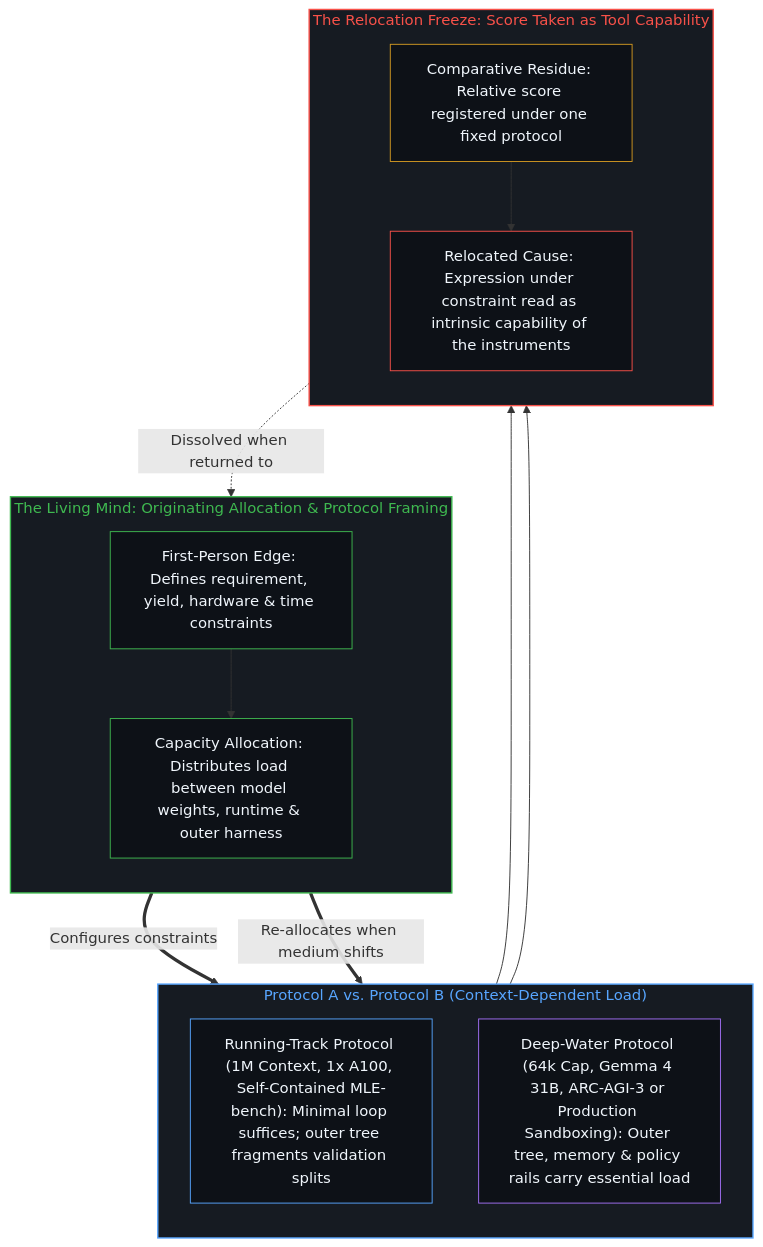
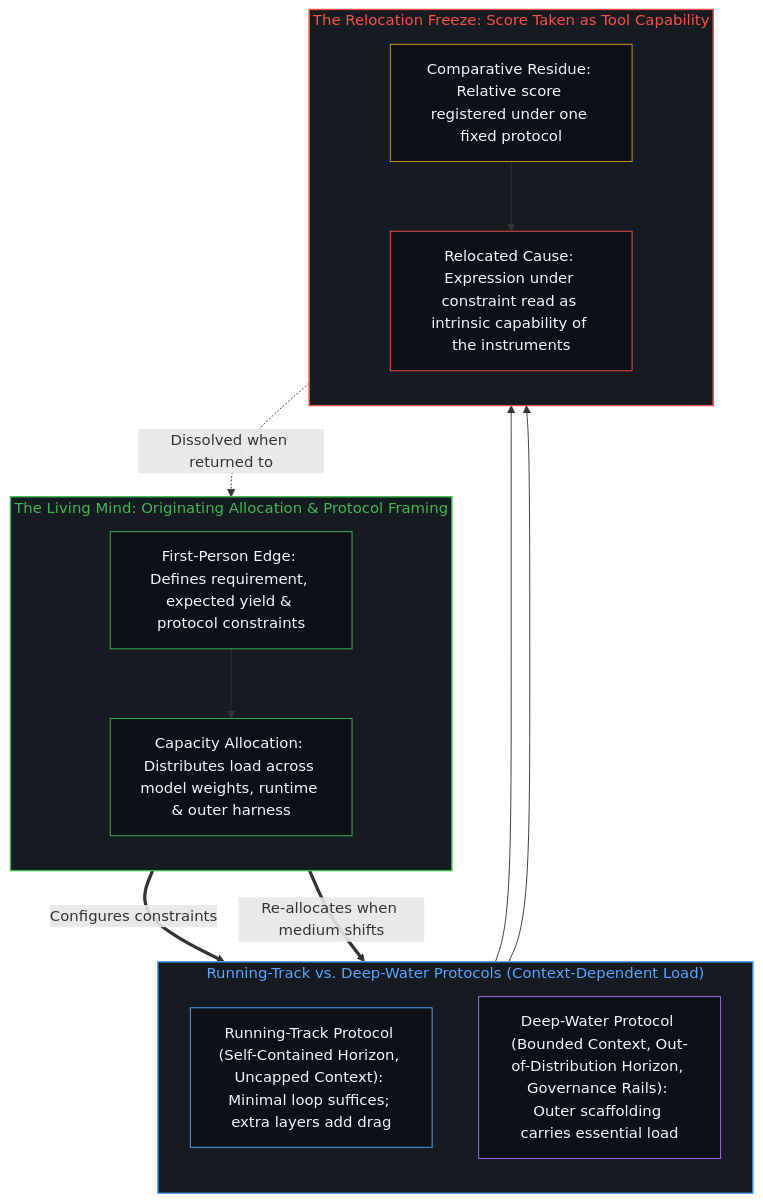
Before and after one commit to powerpig99/not-a-toe: the second of 4 diagrams in content/posts/the-comparison-that-relocates-the-cause.md, drawn with Mermaid. The commit also changed other lines of this file and 4 other files, not shown here.

````diff
--- a/content/posts/the-comparison-that-relocates-the-cause.md
+++ b/content/posts/the-comparison-that-relocates-the-cause.md
@@ -60,34 +60,34 @@
 ```mermaid
 flowchart TD
     subgraph S_Mind["The Living Mind: Originating Allocation & Protocol Framing"]
         direction TB
-        M_Sense["First-Person Edge: Defines requirement, yield, hardware & time constraints"]
-        M_Alloc["Capacity Allocation: Distributes load between model weights, runtime & outer harness"]
+        M_Sense["First-Person Edge: Defines requirement, expected yield & protocol constraints"]
+        M_Alloc["Capacity Allocation: Distributes load across model weights, runtime & outer harness"]
         M_Sense --> M_Alloc
     end
-    subgraph S_Proto["Protocol A vs. Protocol B (Context-Dependent Load)"]
+    subgraph S_Proto["Running-Track vs. Deep-Water Protocols (Context-Dependent Load)"]
         direction TB
-        P_Track["Running-Track Protocol (1M Context, 1x A100, Self-Contained MLE-bench): Minimal loop suffices; outer tree fragments validation splits"]
-        P_Ocean["Deep-Water Protocol (64k Cap, Gemma 4 31B, ARC-AGI-3 or Production Sandboxing): Outer tree, memory & policy rails carry essential load"]
+        P_Track["Running-Track Protocol (Self-Contained Horizon, Uncapped Context): Minimal loop suffices; extra layers add drag"]
+        P_Ocean["Deep-Water Protocol (Bounded Context, Out-of-Distribution Horizon, Governance Rails): Outer scaffolding carries essential load"]
     end
     subgraph S_Reloc["The Relocation Freeze: Score Taken as Tool Capability"]
         direction TB
         R_Score["Comparative Residue: Relative score registered under one fixed protocol"]
         R_Invert["Relocated Cause: Expression under constraint read as intrinsic capability of the instruments"]
         R_Score --> R_Invert
     end
     M_Alloc ==>|"Configures constraints"| P_Track
     M_Alloc ==>|"Re-allocates when medium shifts"| P_Ocean
     P_Track --> R_Score
     P_Ocean --> R_Score
     R_Invert -.->|"Dissolved when returned to"| M_Sense
     style S_Mind fill:#161b22,stroke:#3fb950,stroke-width:1.5px,color:#3fb950
     style S_Proto fill:#161b22,stroke:#58a6ff,stroke-width:1.5px,color:#58a6ff
     style S_Reloc fill:#161b22,stroke:#f85149,stroke-width:1.5px,color:#f85149
     style M_Sense fill:#0d1117,stroke:#3fb950,stroke-width:1px,color:#f0f6fc
     style M_Alloc fill:#0d1117,stroke:#3fb950,stroke-width:1px,color:#f0f6fc
     style P_Track fill:#0d1117,stroke:#58a6ff,stroke-width:1px,color:#f0f6fc
     style P_Ocean fill:#0d1117,stroke:#a371f7,stroke-width:1px,color:#f0f6fc
     style R_Score fill:#0d1117,stroke:#d29922,stroke-width:1px,color:#f0f6fc
     style R_Invert fill:#0d1117,stroke:#f85149,stroke-width:1px,color:#f0f6fc
 ```
````
